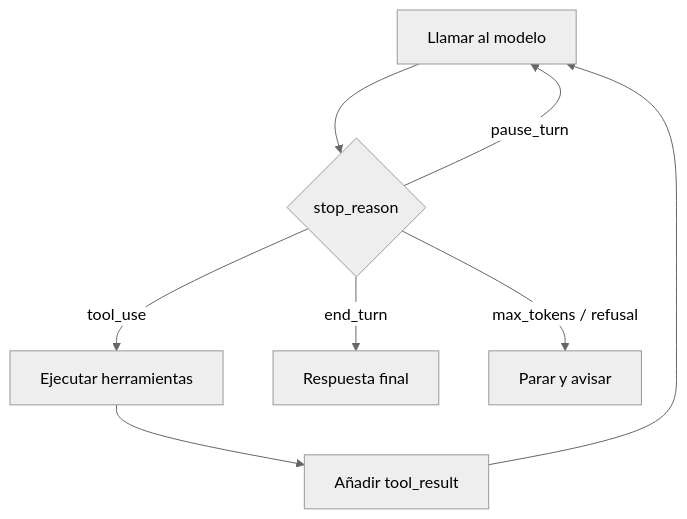
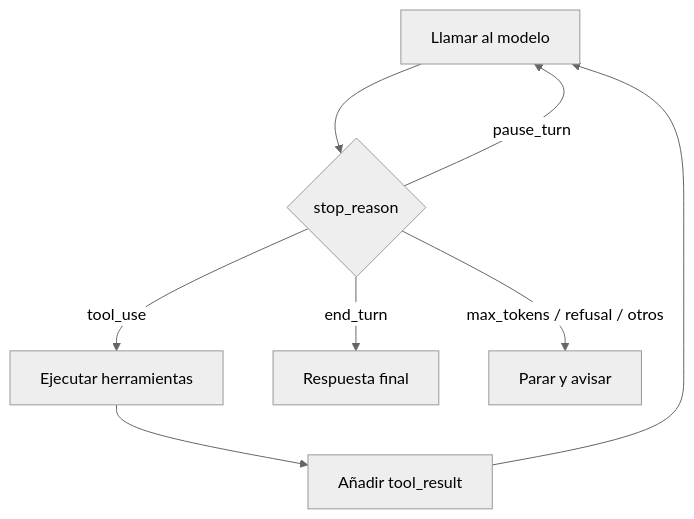
Before and after one commit to Diego303/morecontext: the diagram in contenido/roadmap/40-primer-agente/02-el-bucle-agentico.md, drawn with Mermaid (neutral theme). The commit also changed other lines of this file and 688 other files, not shown here.

````diff
--- a/contenido/roadmap/40-primer-agente/02-el-bucle-agentico.md
+++ b/contenido/roadmap/40-primer-agente/02-el-bucle-agentico.md
@@ -28,10 +29,10 @@
 ```mermaid
 flowchart TD
   M[Llamar al modelo] --> S{stop_reason}
   S -- tool_use --> H[Ejecutar herramientas]
   H --> R[Añadir tool_result]
   R --> M
   S -- end_turn --> F[Respuesta final]
-  S -- max_tokens / refusal --> E[Parar y avisar]
+  S -- max_tokens / refusal / otros --> E[Parar y avisar]
   S -- pause_turn --> M
 ```
````
